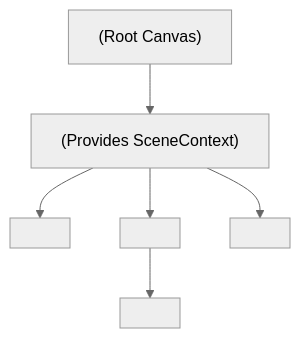
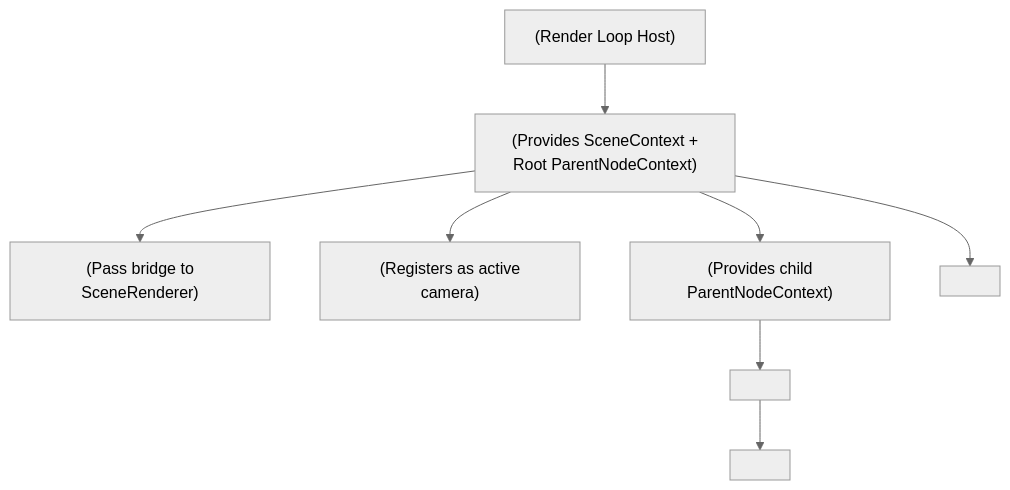
One commit to ReeseJones/website_reesedrjones changed the diagram in src/scene/react/declarative_scene_design.md. Above: the diagram before and after it, drawn with Mermaid (neutral theme). The commit also changed other lines of this file, not shown here.

Commit message:
docs(scene): update declarative React scene architecture design document

````diff
--- a/src/scene/react/declarative_scene_design.md
+++ b/src/scene/react/declarative_scene_design.md
@@ -18,15 +21,19 @@
 ```mermaid
 flowchart TD
-    Canvas["<WebGLCanvas /> (Root Canvas)"]
-    Scene["<Scene> (Provides SceneContext)"]
-    Camera["<PerspectiveCamera position={[0, 10, 50]} fov={60} />"]
-    Group["<Group position={[10, 0, 0]}>"]
-    Model1["<ModelInstance geometry={asteroidGeo} material={asteroidMat} />"]
+    Canvas["<WebGLCanvas /> (Render Loop Host)"]
+    Scene["<Scene /> (Provides SceneContext + Root ParentNodeContext)"]
+    Pass["<ScenePass /> (Pass bridge to SceneRenderer)"]
+    Camera["<PerspectiveCamera makeDefault /> (Registers as active camera)"]
+    Group["<Group /> (Provides child ParentNodeContext)"]
+    Model1["<ModelInstance geometry={shipGeo} material={shipMat} />"]
     Model2["<ModelInstance geometry={galaxyGeo} material={galaxyMat} />"]
+    NestedModel["<ModelInstance geometry={turretGeo} material={turretMat} />"]
 
     Canvas --> Scene
+    Scene --> Pass
     Scene --> Camera
     Scene --> Group
+    Scene --> Model2
     Group --> Model1
-    Scene --> Model2
+    Model1 --> NestedModel
 ```
````
